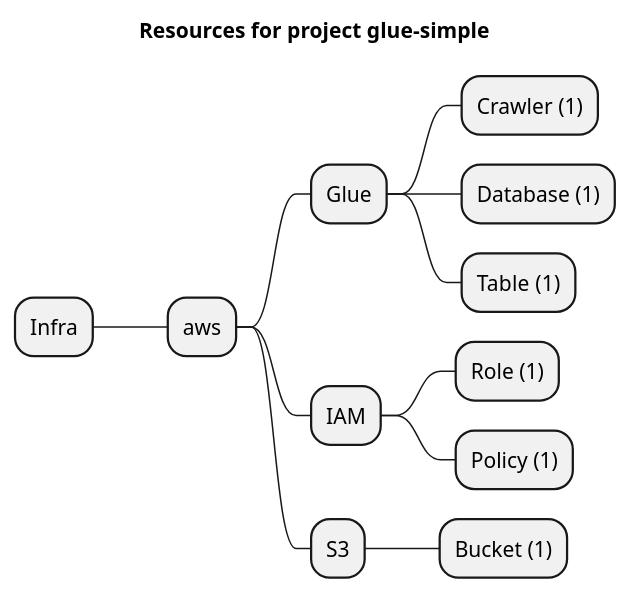
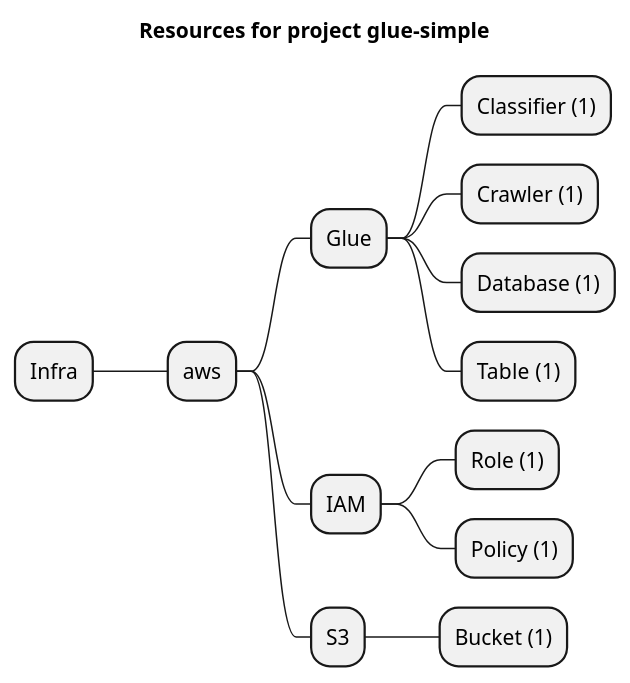
Before and after one commit to grucloud/grucloud: the diagram in examples/aws/Glue/glue-simple/artifacts/resources-mindmap.puml, drawn with PlantUML. The commit also changed 5 other files, not shown here.

```diff
--- a/examples/aws/Glue/glue-simple/artifacts/resources-mindmap.puml
+++ b/examples/aws/Glue/glue-simple/artifacts/resources-mindmap.puml
@@ -1,15 +1,16 @@
 @startmindmap
 title Resources for project glue-simple
 skinparam monochrome true
 + Infra
 ++ aws
 +++ Glue
+++++ Classifier (1)
 ++++ Crawler (1)
 ++++ Database (1)
 ++++ Table (1)
 +++ IAM
 ++++ Role (1)
 ++++ Policy (1)
 +++ S3
 ++++ Bucket (1)
 @endmindmap
```
